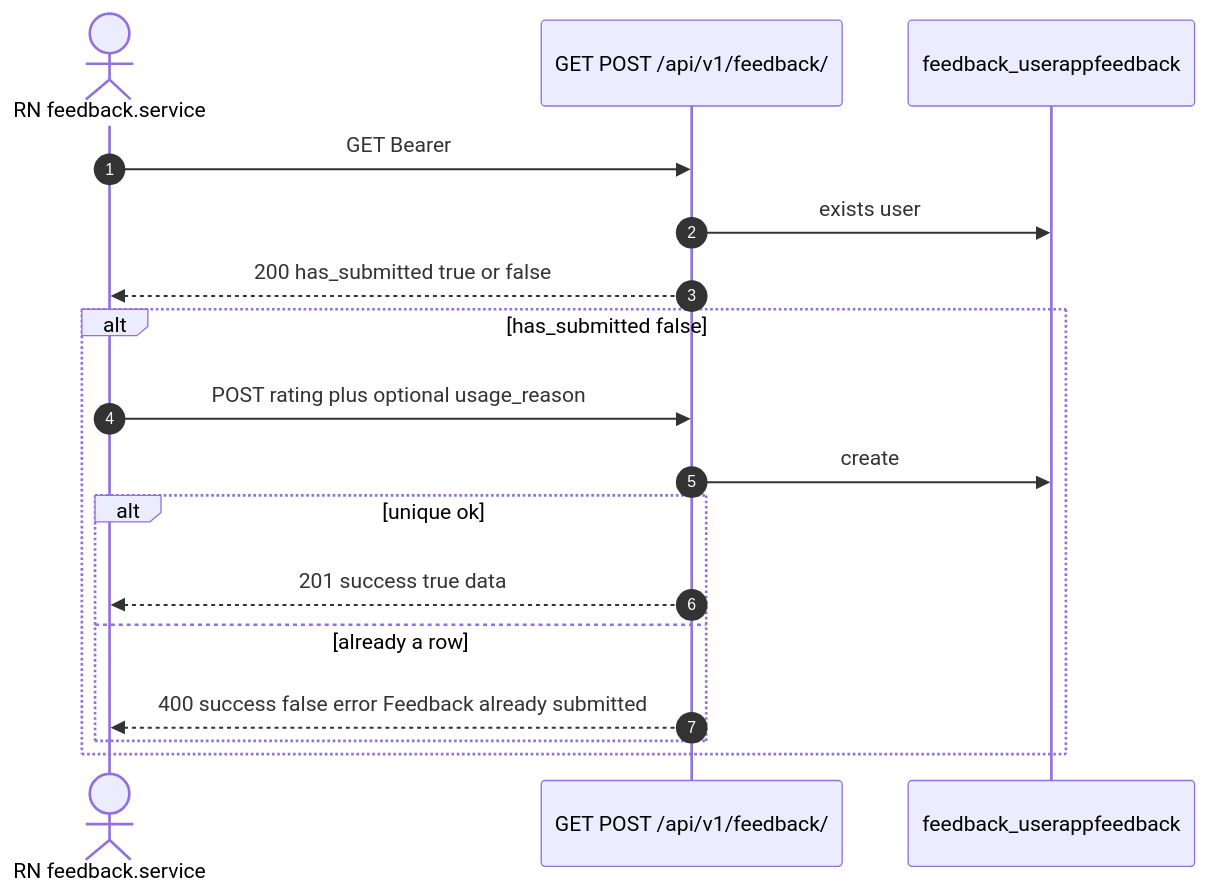
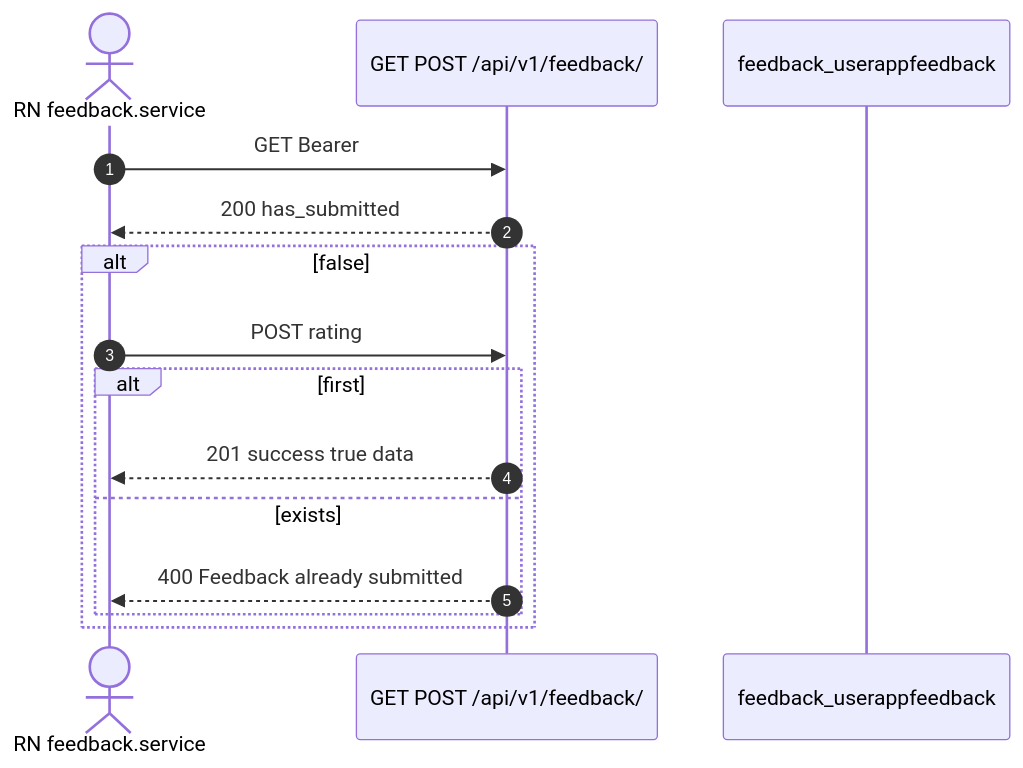
One commit to HarryNguyenTimoto/timoto_space changed the diagram in systems/mobile-feedback.mdx. Above: the diagram before and after it, drawn with Mermaid. The commit also changed other lines of this file and 2 other files, not shown here.

````diff
--- a/systems/mobile-feedback.mdx
+++ b/systems/mobile-feedback.mdx
@@ -19,20 +19,18 @@
 ```mermaid
 sequenceDiagram
   autonumber
   actor Rider as RN feedback.service
   participant API as GET POST /api/v1/feedback/
   participant DB as feedback_userappfeedback
 
   Rider->>API: GET Bearer
-  API->>DB: exists user
-  API-->>Rider: 200 has_submitted true or false
-  alt has_submitted false
-    Rider->>API: POST rating plus optional usage_reason
-    API->>DB: create
-    alt unique ok
+  API-->>Rider: 200 has_submitted
+  alt false
+    Rider->>API: POST rating
+    alt first
       API-->>Rider: 201 success true data
-    else already a row
-      API-->>Rider: 400 success false error Feedback already submitted
+    else exists
+      API-->>Rider: 400 Feedback already submitted
     end
   end
 ```
````
